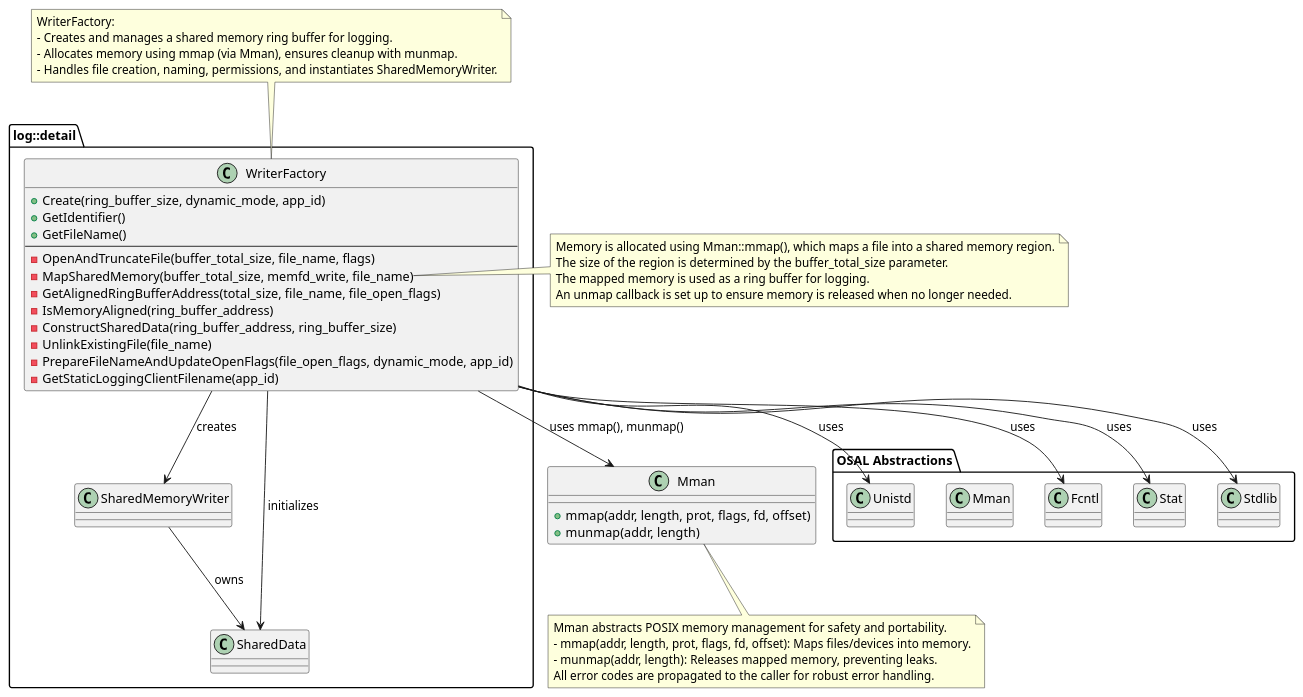
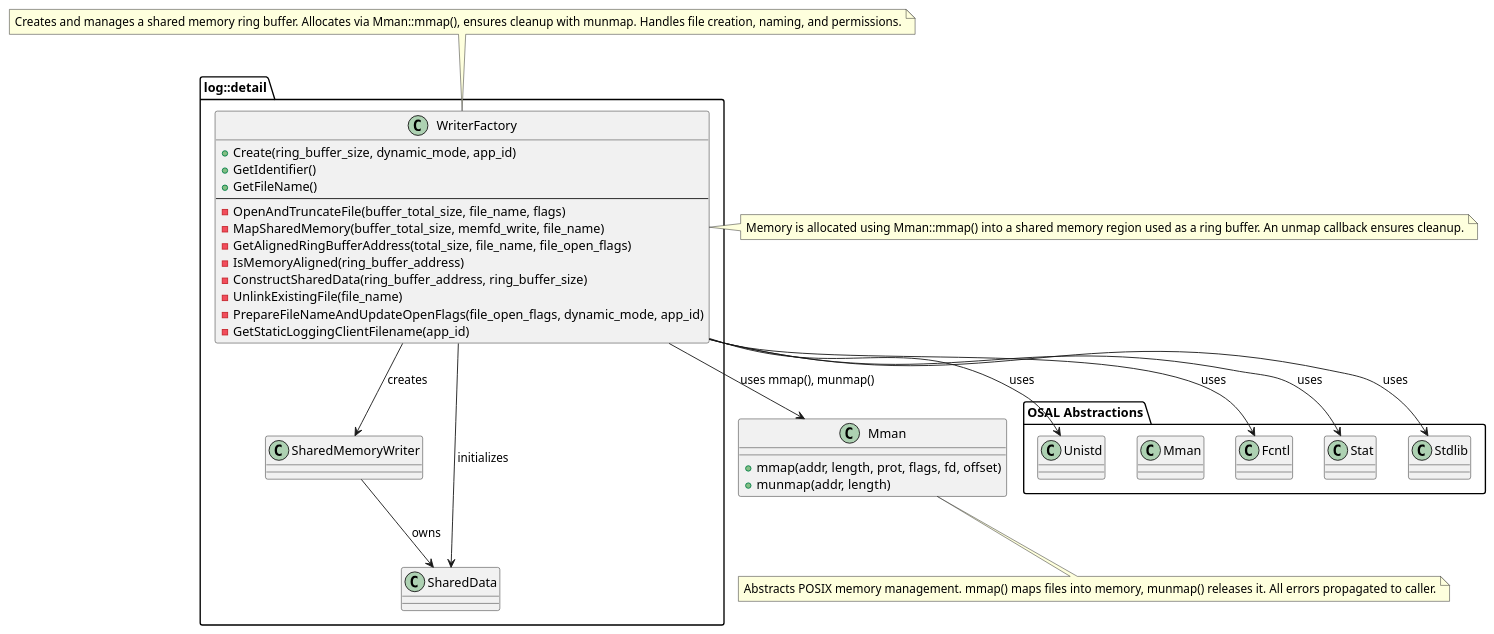
Before and after one commit to eclipse-score/logging: the diagram in score/mw/log/design/backend/datarouter_backend/write_factory_design.puml, drawn with PlantUML. The commit also changed 12 other files, not shown here.

First line of the commit message:
Fix puml diagrams to comply with score_tooling 2.x parser

```diff
--- a/score/mw/log/design/backend/datarouter_backend/write_factory_design.puml
+++ b/score/mw/log/design/backend/datarouter_backend/write_factory_design.puml
@@ -14,70 +14,55 @@
 @startuml write_factory_design
 ' Library dependencies
 package "OSAL Abstractions" {
   class Unistd
   class Fcntl
   class Stat
   class Mman
   class Stdlib
 }
 
 package "log::detail" {
   class WriterFactory {
     +Create(ring_buffer_size, dynamic_mode, app_id)
     +GetIdentifier()
     +GetFileName()
     --
     -OpenAndTruncateFile(buffer_total_size, file_name, flags)
     -MapSharedMemory(buffer_total_size, memfd_write, file_name)
     -GetAlignedRingBufferAddress(total_size, file_name, file_open_flags)
     -IsMemoryAligned(ring_buffer_address)
     -ConstructSharedData(ring_buffer_address, ring_buffer_size)
     -UnlinkExistingFile(file_name)
     -PrepareFileNameAndUpdateOpenFlags(file_open_flags, dynamic_mode, app_id)
     -GetStaticLoggingClientFilename(app_id)
   }
 
   class SharedMemoryWriter
   class SharedData
 }
 
 ' Main relationships
 WriterFactory --> SharedMemoryWriter : creates
 
 class Mman {
   +mmap(addr, length, prot, flags, fd, offset)
   +munmap(addr, length)
 }
 
 
 WriterFactory --> SharedData : initializes
 WriterFactory --> Unistd : uses
 WriterFactory --> Fcntl : uses
 WriterFactory --> Stat : uses
 WriterFactory --> Mman : uses mmap(), munmap()
 WriterFactory --> Stdlib : uses
 
 ' Notes on memory allocation and deallocation
-note right of WriterFactory::MapSharedMemory
-  Memory is allocated using Mman::mmap(), which maps a file into a shared memory region.
-  The size of the region is determined by the buffer_total_size parameter.
-  The mapped memory is used as a ring buffer for logging.
-  An unmap callback is set up to ensure memory is released when no longer needed.
-end note
+note right of WriterFactory : Memory is allocated using Mman::mmap() into a shared memory region used as a ring buffer. An unmap callback ensures cleanup.
 
-note top of WriterFactory
-  WriterFactory:
-  - Creates and manages a shared memory ring buffer for logging.
-  - Allocates memory using mmap (via Mman), ensures cleanup with munmap.
-  - Handles file creation, naming, permissions, and instantiates SharedMemoryWriter.
-end note
+note top of WriterFactory : Creates and manages a shared memory ring buffer. Allocates via Mman::mmap(), ensures cleanup with munmap. Handles file creation, naming, and permissions.
 
-note bottom of Mman
-  Mman abstracts POSIX memory management for safety and portability.
-  - mmap(addr, length, prot, flags, fd, offset): Maps files/devices into memory.
-  - munmap(addr, length): Releases mapped memory, preventing leaks.
-  All error codes are propagated to the caller for robust error handling.
-end note
+note bottom of Mman : Abstracts POSIX memory management. mmap() maps files into memory, munmap() releases it. All errors propagated to caller.
 
 SharedMemoryWriter --> SharedData : owns
 @enduml
```
